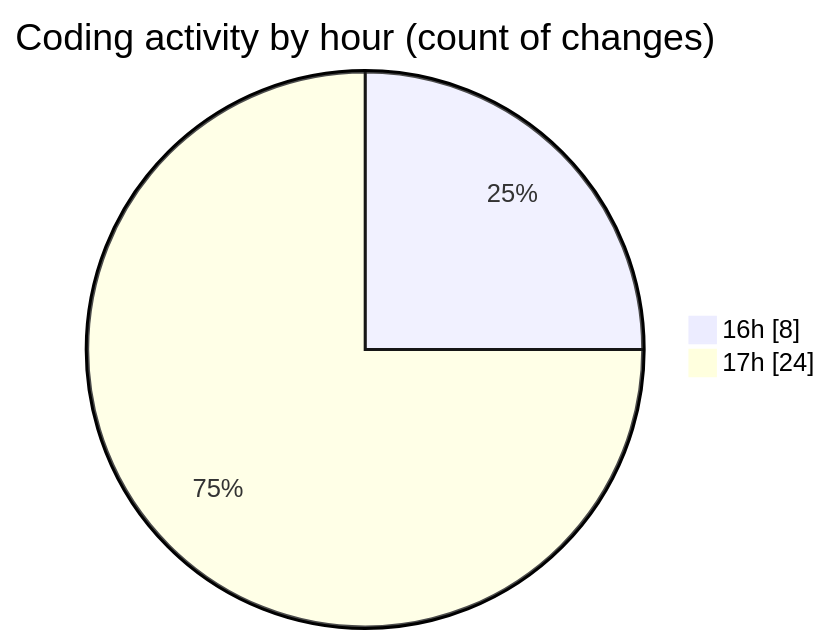
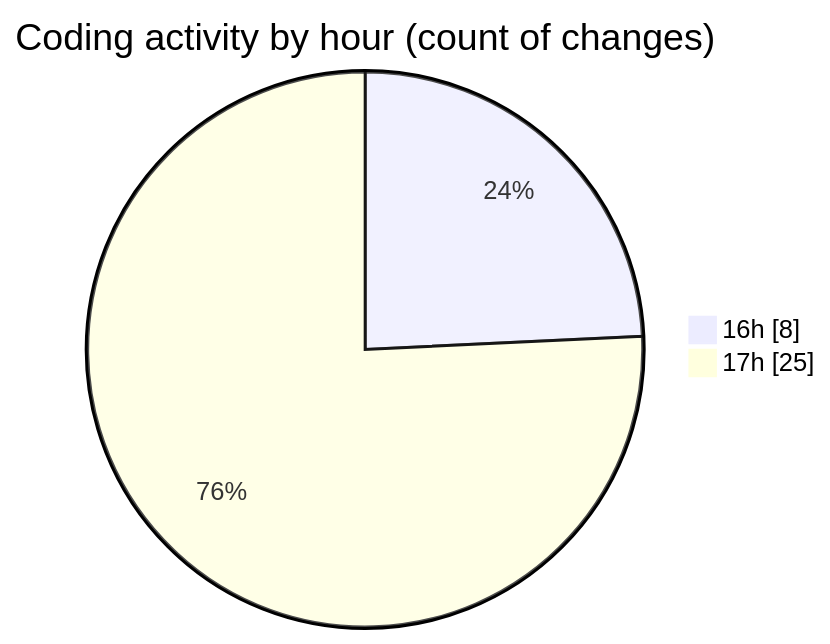
Before and after one commit to robertbonfada/code-tracking: the second of 2 diagrams in 2025-01-08/mbc-web/README.md, drawn with Mermaid. The commit also changed other lines of this file and 1 other file, not shown here.

````diff
--- a/2025-01-08/mbc-web/README.md
+++ b/2025-01-08/mbc-web/README.md
@@ -42,6 +42,6 @@
 ```mermaid
 pie showData
 title Coding activity by hour (count of changes)
 "16h" : 8
-"17h" : 24
+"17h" : 25
 ```
````
